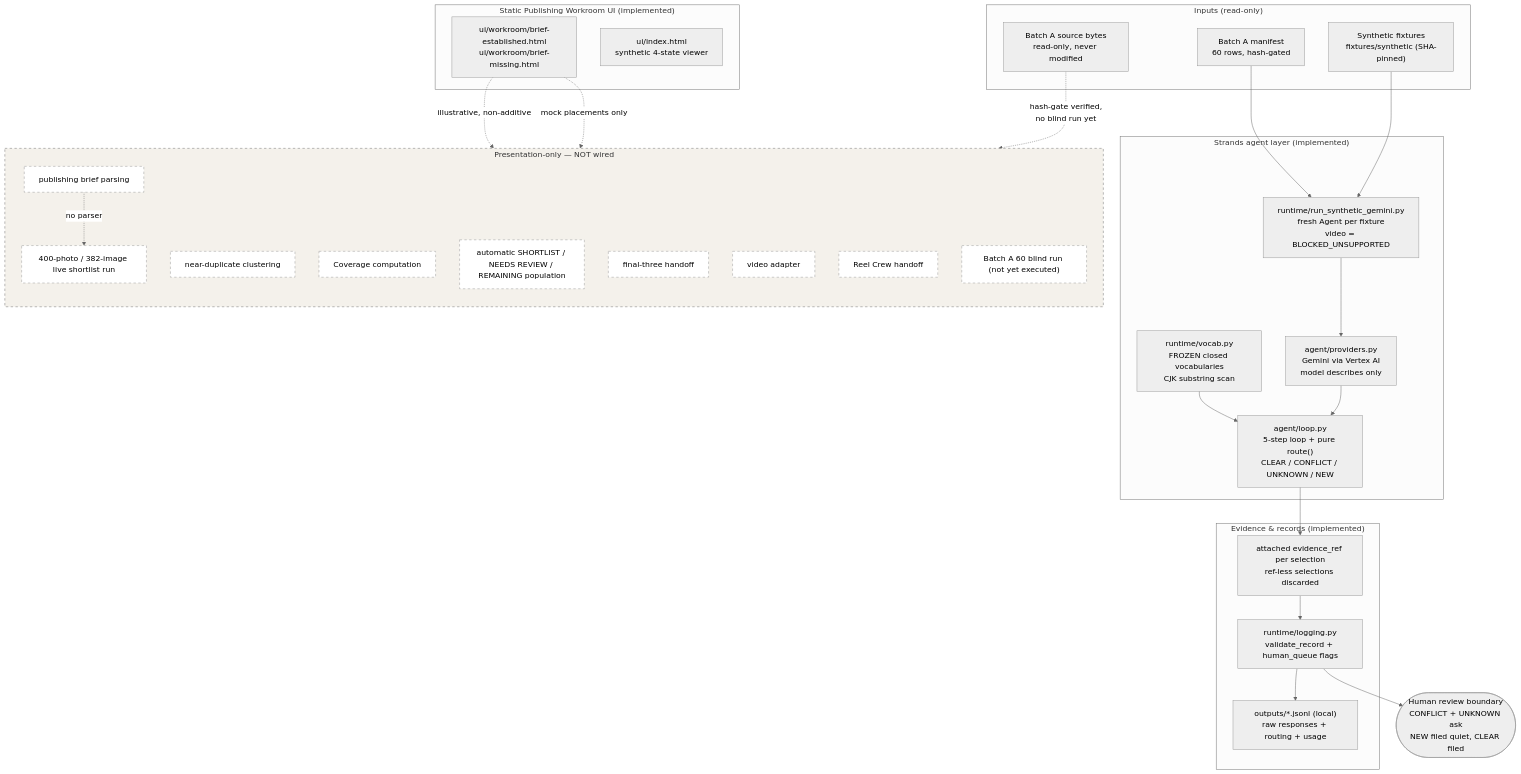
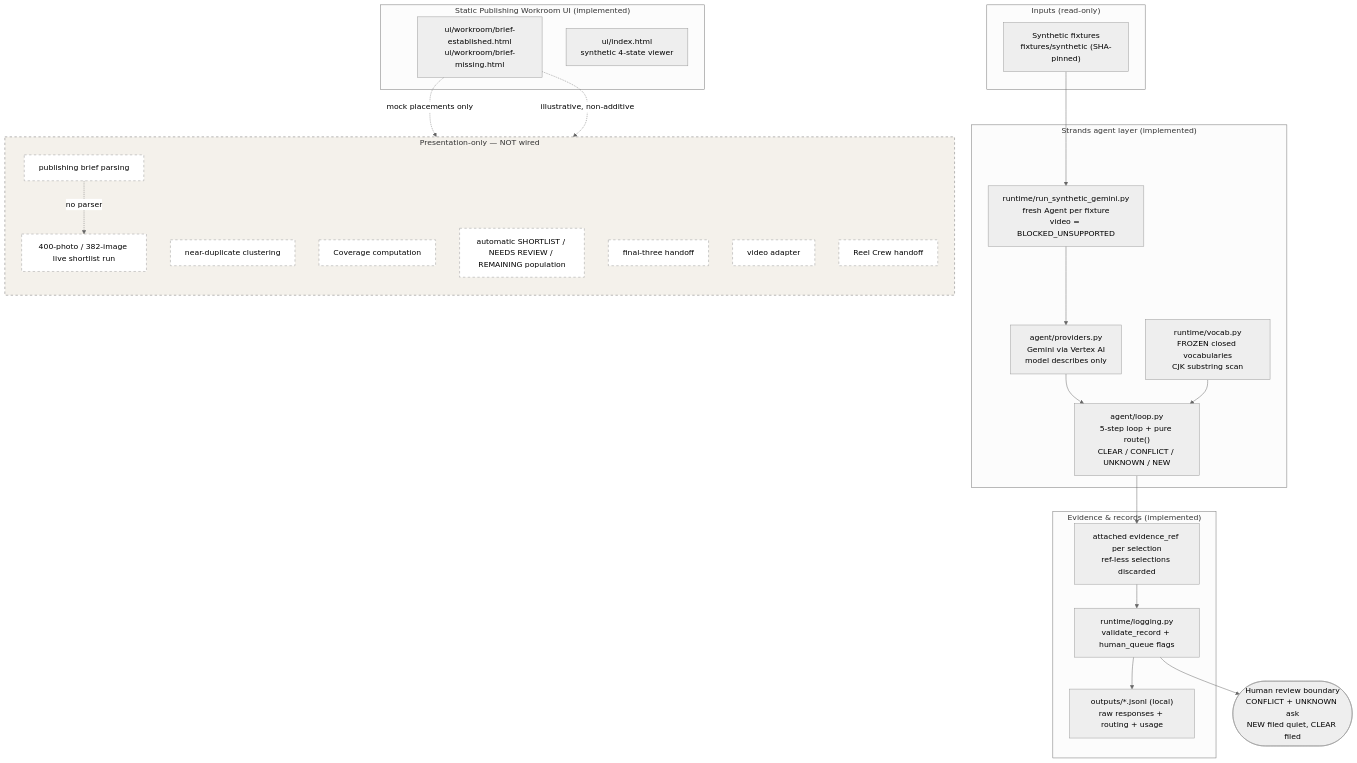
The diagram in docs/architecture.md (Crystal32378/second-eyes-agent), drawn with Mermaid (neutral theme) before and after one commit. The commit also changed other lines of this file and 1 other file, not shown here.

Commit message:
Public doc correction: Batch A out of product story, single off-repo disclosure, corrected demo-asset wording

````diff
--- a/docs/architecture.md
+++ b/docs/architecture.md
@@ -7,66 +7,60 @@
 ```mermaid
 flowchart TB
     subgraph INPUT["Inputs (read-only)"]
         SYN["Synthetic fixtures<br/>fixtures/synthetic (SHA-pinned)"]
-        MAN["Batch A manifest<br/>60 rows, hash-gated"]
-        BYTES["Batch A source bytes<br/>read-only, never modified"]
     end
 
     subgraph AGENT["Strands agent layer (implemented)"]
         LOOP["agent/loop.py<br/>5-step loop + pure route()<br/>CLEAR / CONFLICT / UNKNOWN / NEW"]
         PROV["agent/providers.py<br/>Gemini via Vertex AI<br/>model describes only"]
         VOCAB["runtime/vocab.py<br/>FROZEN closed vocabularies<br/>CJK substring scan"]
         RUNNER["runtime/run_synthetic_gemini.py<br/>fresh Agent per fixture<br/>video = BLOCKED_UNSUPPORTED"]
     end
 
     subgraph EVIDENCE["Evidence & records (implemented)"]
         REFS["attached evidence_ref per selection<br/>ref-less selections discarded"]
         LOG["runtime/logging.py<br/>validate_record + human_queue flags"]
         OUT["outputs/*.jsonl (local)<br/>raw responses + routing + usage"]
     end
 
     subgraph UI["Static Publishing Workroom UI (implemented)"]
         WR["ui/workroom/brief-established.html<br/>ui/workroom/brief-missing.html"]
         SYNUI["ui/index.html<br/>synthetic 4-state viewer"]
     end
 
     HUMAN(["Human review boundary<br/>CONFLICT + UNKNOWN ask<br/>NEW filed quiet, CLEAR filed"])
 
     subgraph FUTURE["Presentation-only — NOT wired"]
         direction TB
         BRIEF["publishing brief parsing"]
         RUN400["400-photo / 382-image live shortlist run"]
         DEDUP["near-duplicate clustering"]
         COV["Coverage computation"]
         POP["automatic SHORTLIST / NEEDS REVIEW / REMAINING population"]
         FINAL3["final-three handoff"]
         VID["video adapter"]
         REEL["Reel Crew handoff"]
-        BLIND["Batch A 60 blind run (not yet executed)"]
     end
 
     SYN --> RUNNER
-    MAN --> RUNNER
-    BYTES -.->|hash-gate verified,<br/>no blind run yet| BLIND
     RUNNER --> PROV
     PROV --> LOOP
     VOCAB --> LOOP
     LOOP --> REFS
     REFS --> LOG
     LOG --> OUT
     LOG --> HUMAN
     WR -.->|mock placements only| POP
     WR -.->|illustrative, non-additive| COV
     BRIEF -.->|no parser| RUN400
 
     style FUTURE fill:#f4f1eb,stroke-dasharray:5 5
     style BRIEF fill:#fff,stroke-dasharray:5 5
     style RUN400 fill:#fff,stroke-dasharray:5 5
     style DEDUP fill:#fff,stroke-dasharray:5 5
     style COV fill:#fff,stroke-dasharray:5 5
     style POP fill:#fff,stroke-dasharray:5 5
     style FINAL3 fill:#fff,stroke-dasharray:5 5
     style VID fill:#fff,stroke-dasharray:5 5
     style REEL fill:#fff,stroke-dasharray:5 5
-    style BLIND fill:#fff,stroke-dasharray:5 5
 ```
````
